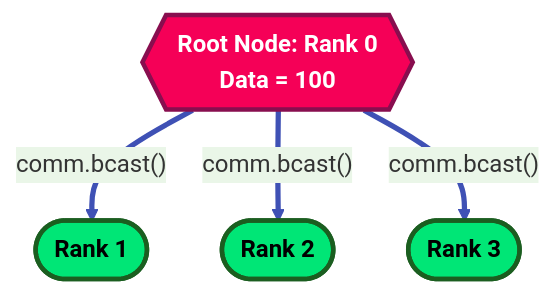
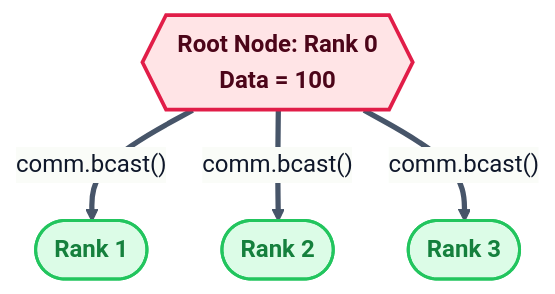
The fourth of 8 diagrams in SyedMuhammadHuzaifaAshrafi-(23FA-035-SE)/Chapter04/README.md (RameenAnwar/PDC-SP26-SE), drawn with Mermaid before and after one commit. The commit also changed other lines of this file and 5 other files, not shown here.

````diff
--- a/SyedMuhammadHuzaifaAshrafi-(23FA-035-SE)/Chapter04/README.md
+++ b/SyedMuhammadHuzaifaAshrafi-(23FA-035-SE)/Chapter04/README.md
@@ -195,19 +108,19 @@
 ```mermaid
-%%{init: {'theme': 'base', 'themeVariables': { 'lineColor': '#3F51B5', 'primaryColor': '#E8EAF6' }}}%%
+%%{init: {'theme': 'base', 'themeVariables': { 'lineColor': '#475569', 'primaryColor': '#f8fafc', 'primaryTextColor': '#0f172a', 'primaryBorderColor': '#cbd5e1' }}}%%
 flowchart TD
-    %% Pro Max Broadcast Array Pattern
-    classDef source fill:#F50057,stroke:#880E4F,stroke-width:3px,color:#FFFFFF,font-weight:bold
-    classDef target fill:#00E676,stroke:#1B5E20,stroke-width:3px,color:#000000,font-weight:bold
+    %% Premium Broadcast Pattern
+    classDef source fill:#ffe4e6,stroke:#e11d48,stroke-width:2.5px,color:#4c0519,font-weight:bold
+    classDef target fill:#dcfce7,stroke:#22c55e,stroke-width:2px,color:#15803d,font-weight:bold
 
-    Root{{"Root Node: Rank 0 \n Data = 100"}}
+    Root{{"Root Node: Rank 0 <br> Data = 100"}}
     P1(["Rank 1"])
     P2(["Rank 2"])
     P3(["Rank 3"])
 
     Root == "comm.bcast()" ==> P1
     Root == "comm.bcast()" ==> P2
     Root == "comm.bcast()" ==> P3
 
     class Root source
     class P1,P2,P3 target
 ```
````
